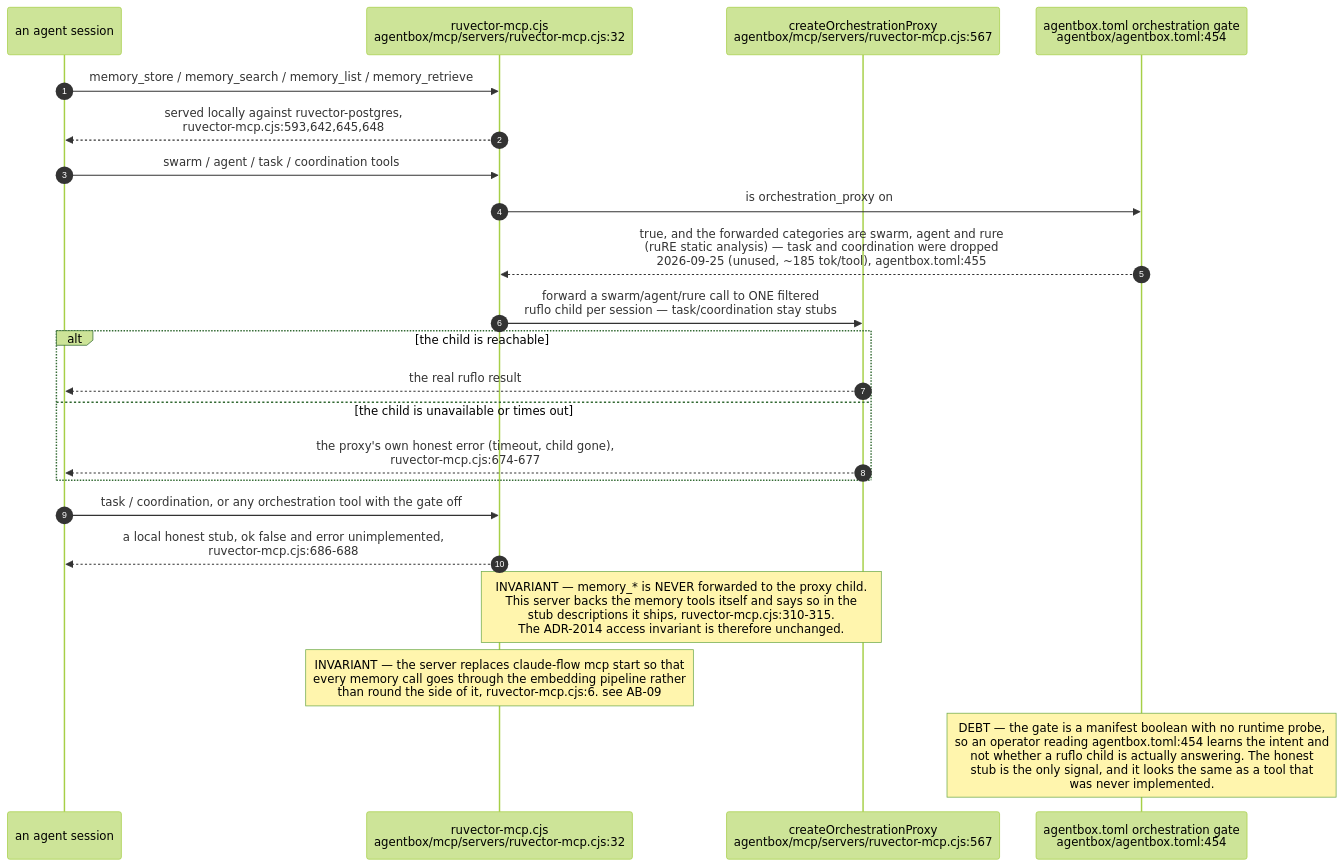
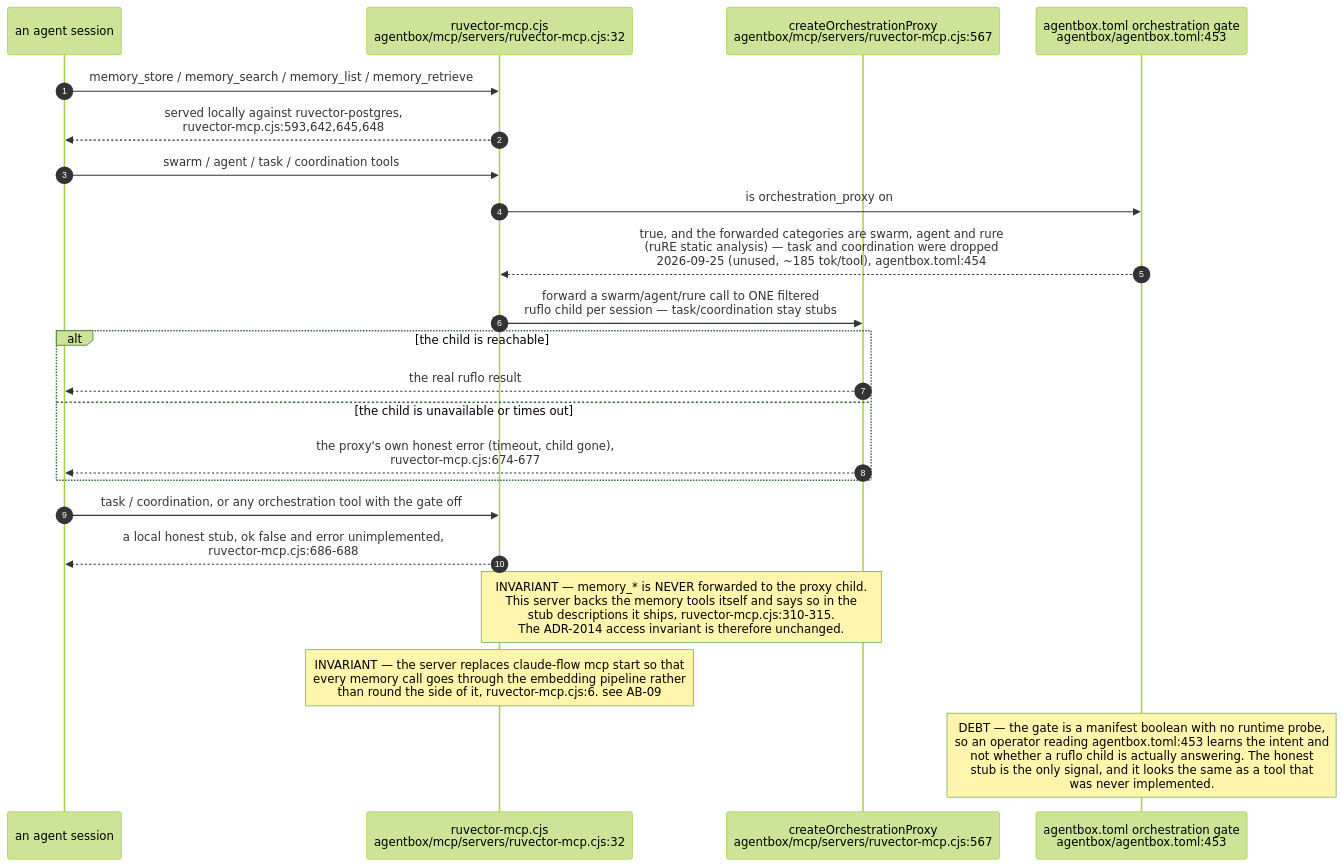
One commit to DreamLab-AI/VisionFlow changed the sixth of 7 diagrams in docs/diagrams/estate/07-memory-and-embedding-estate.md. Above: the diagram before and after it, drawn with Mermaid (forest theme). The commit also changed other lines of this file and 6 other files, not shown here.

````diff
--- a/docs/diagrams/estate/07-memory-and-embedding-estate.md
+++ b/docs/diagrams/estate/07-memory-and-embedding-estate.md
@@ -209,27 +210,27 @@
 ```mermaid
 sequenceDiagram
     autonumber
     participant AG as an agent session
     participant RV as ruvector-mcp.cjs<br/>agentbox/mcp/servers/ruvector-mcp.cjs:32
     participant PROXY as createOrchestrationProxy<br/>agentbox/mcp/servers/ruvector-mcp.cjs:567
-    participant MAN as agentbox.toml orchestration gate<br/>agentbox/agentbox.toml:454
+    participant MAN as agentbox.toml orchestration gate<br/>agentbox/agentbox.toml:453
 
     AG->>RV: memory_store / memory_search / memory_list / memory_retrieve
     RV-->>AG: served locally against ruvector-postgres,<br/>ruvector-mcp.cjs:593,642,645,648
 
     AG->>RV: swarm / agent / task / coordination tools
     RV->>MAN: is orchestration_proxy on
-    MAN-->>RV: true, and the forwarded categories are swarm, agent and rure<br/>(ruRE static analysis) — task and coordination were dropped<br/>2026-09-25 (unused, ~185 tok/tool), agentbox.toml:455
+    MAN-->>RV: true, and the forwarded categories are swarm, agent and rure<br/>(ruRE static analysis) — task and coordination were dropped<br/>2026-09-25 (unused, ~185 tok/tool), agentbox.toml:454
     RV->>PROXY: forward a swarm/agent/rure call to ONE filtered<br/>ruflo child per session — task/coordination stay stubs
     alt the child is reachable
         PROXY-->>AG: the real ruflo result
     else the child is unavailable or times out
         PROXY-->>AG: the proxy's own honest error (timeout, child gone),<br/>ruvector-mcp.cjs:674-677
     end
     AG->>RV: task / coordination, or any orchestration tool with the gate off
     RV-->>AG: a local honest stub, ok false and error unimplemented,<br/>ruvector-mcp.cjs:686-688
 
     Note over RV,PROXY: INVARIANT — memory_* is NEVER forwarded to the proxy child.<br/>This server backs the memory tools itself and says so in the<br/>stub descriptions it ships, ruvector-mcp.cjs:310-315.<br/>The ADR-2014 access invariant is therefore unchanged.
     Note over RV: INVARIANT — the server replaces claude-flow mcp start so that<br/>every memory call goes through the embedding pipeline rather<br/>than round the side of it, ruvector-mcp.cjs:6. see AB-09
-    Note over MAN: DEBT — the gate is a manifest boolean with no runtime probe,<br/>so an operator reading agentbox.toml:454 learns the intent and<br/>not whether a ruflo child is actually answering. The honest<br/>stub is the only signal, and it looks the same as a tool that<br/>was never implemented.
+    Note over MAN: DEBT — the gate is a manifest boolean with no runtime probe,<br/>so an operator reading agentbox.toml:453 learns the intent and<br/>not whether a ruflo child is actually answering. The honest<br/>stub is the only signal, and it looks the same as a tool that<br/>was never implemented.
 ```
````
